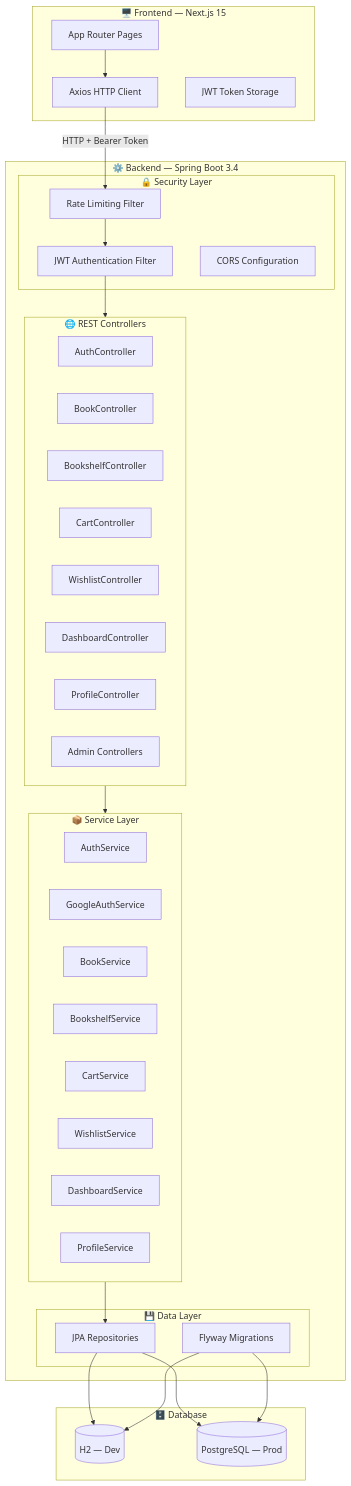
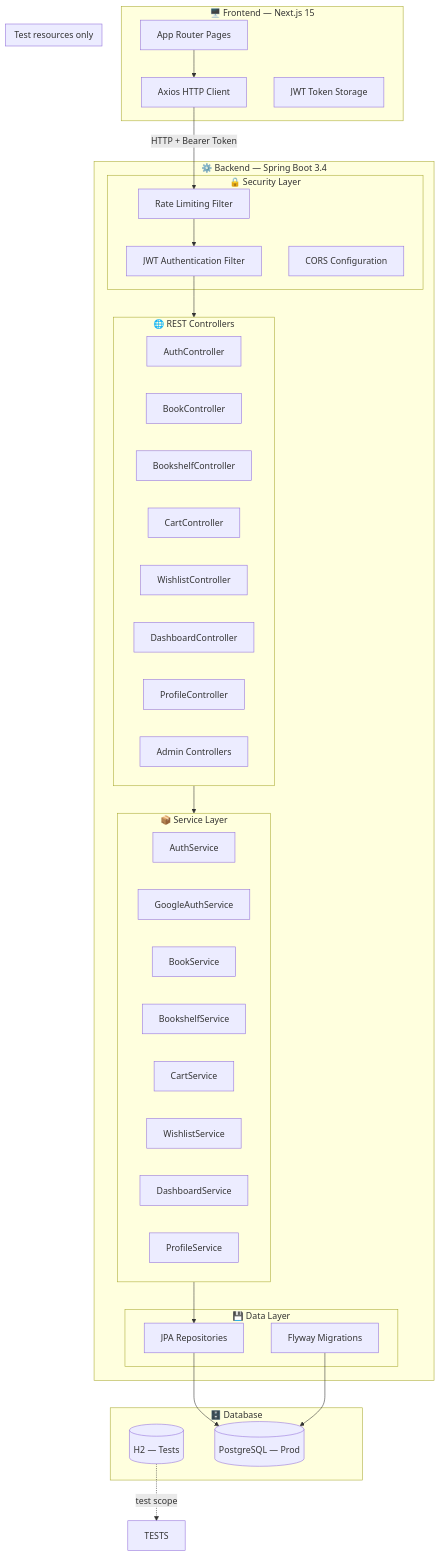
Before and after one commit to pacman-cli/ShelfToTales: the first of 7 diagrams in README.md, drawn with Mermaid. The commit also changed other lines of this file and 155 other files, not shown here.

````diff
--- a/README.md
+++ b/README.md
@@ -11,59 +11,61 @@
 ```mermaid
 graph TB
     subgraph Client["🖥️ Frontend — Next.js 15"]
         UI[App Router Pages]
         API_CLIENT[Axios HTTP Client]
         AUTH_STORE[JWT Token Storage]
     end
 
     subgraph Server["⚙️ Backend — Spring Boot 3.4"]
         subgraph Security["🔒 Security Layer"]
             RATE[Rate Limiting Filter]
             JWT_FILTER[JWT Authentication Filter]
             CORS[CORS Configuration]
         end
 
         subgraph API["🌐 REST Controllers"]
             AUTH_C[AuthController]
             BOOK_C[BookController]
             SHELF_C[BookshelfController]
             CART_C[CartController]
             WISH_C[WishlistController]
             DASH_C[DashboardController]
             PROF_C[ProfileController]
             ADMIN_C[Admin Controllers]
         end
 
         subgraph Services["📦 Service Layer"]
             AUTH_S[AuthService]
             GOOGLE_S[GoogleAuthService]
             BOOK_S[BookService]
             SHELF_S[BookshelfService]
             CART_S[CartService]
             WISH_S[WishlistService]
             DASH_S[DashboardService]
             PROF_S[ProfileService]
         end
 
         subgraph Data["💾 Data Layer"]
             REPOS[JPA Repositories]
             FLYWAY[Flyway Migrations]
         end
     end
 
     subgraph Database["🗄️ Database"]
-        H2[(H2 — Dev)]
+        H2[(H2 — Tests)]
         PG[(PostgreSQL — Prod)]
     end
 
     UI --> API_CLIENT
     API_CLIENT -->|HTTP + Bearer Token| RATE
     RATE --> JWT_FILTER
     JWT_FILTER --> API
     API --> Services
     Services --> REPOS
-    REPOS --> H2
     REPOS --> PG
-    FLYWAY --> H2
     FLYWAY --> PG
+    H2 -.test scope.-> TESTS
+    subgraph Tests[Test resources only]
+      H2
+    end
 ```
````
